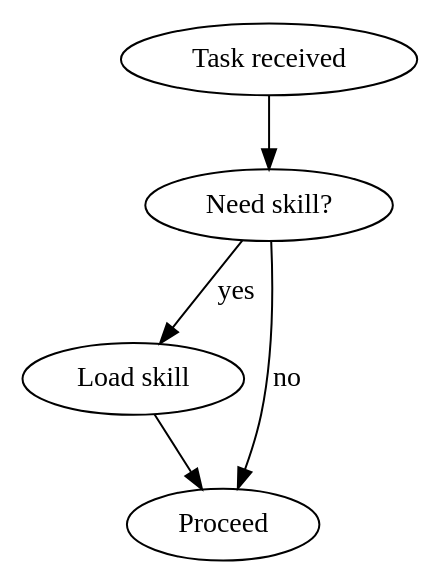
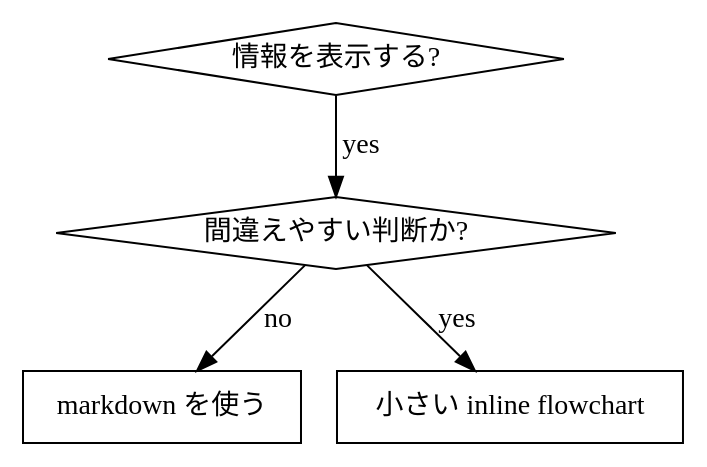
Before and after one commit to sscodeai/superpowers-ja: the first of 2 diagrams in skills/writing-skills/SKILL.md, drawn with Graphviz. The commit also changed other lines of this file, not shown here.

````diff
--- a/skills/writing-skills/SKILL.md
+++ b/skills/writing-skills/SKILL.md
@@ -148,13 +263,12 @@
 ```dot
-digraph {
-  start [label="Task received"];
-  check [label="Need skill?"];
-  load [label="Load skill"];
-  proceed [label="Proceed"];
+digraph when_flowchart {
+    "情報を表示する?" [shape=diamond];
+    "間違えやすい判断か?" [shape=diamond];
+    "markdown を使う" [shape=box];
+    "小さい inline flowchart" [shape=box];
 
-  start -> check;
-  check -> load [label="yes"];
-  check -> proceed [label="no"];
-  load -> proceed;
+    "情報を表示する?" -> "間違えやすい判断か?" [label="yes"];
+    "間違えやすい判断か?" -> "小さい inline flowchart" [label="yes"];
+    "間違えやすい判断か?" -> "markdown を使う" [label="no"];
 }
 ```
````
